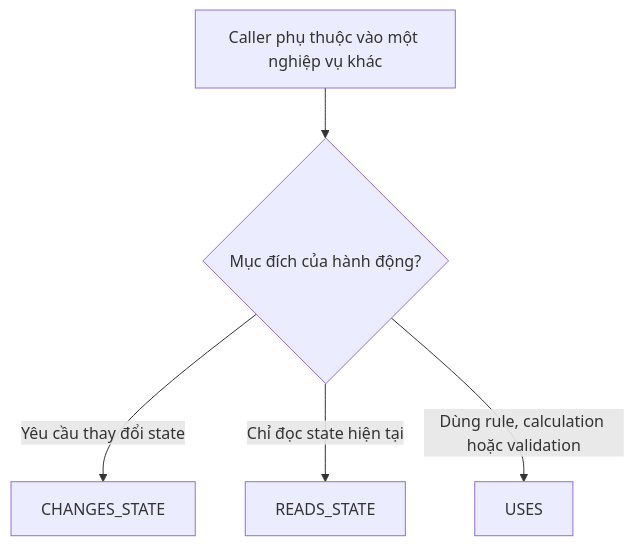
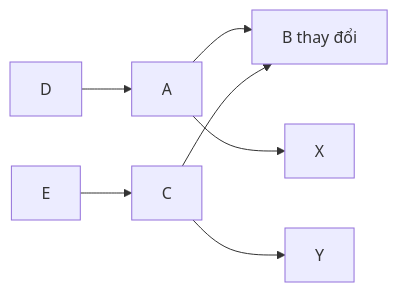
Before and after one commit to Kynderis/kidea: the diagram in answer.md, drawn with Mermaid. The commit also changed other lines of this file and 1 other file, not shown here.

````diff
--- a/answer.md
+++ b/answer.md
@@ -288,7 +64,9 @@
 ```mermaid
-flowchart TD
-    A[Caller phụ thuộc vào một nghiệp vụ khác] --> B{Mục đích của hành động?}
-    B -->|Yêu cầu thay đổi state| C[CHANGES_STATE]
-    B -->|Chỉ đọc state hiện tại| D[READS_STATE]
-    B -->|Dùng rule, calculation hoặc validation| E[USES]
+flowchart LR
+    D[D] --> A[A]
+    E[E] --> C[C]
+    A --> B[B thay đổi]
+    C --> B
+    A --> X[X]
+    C --> Y[Y]
 ```
````
